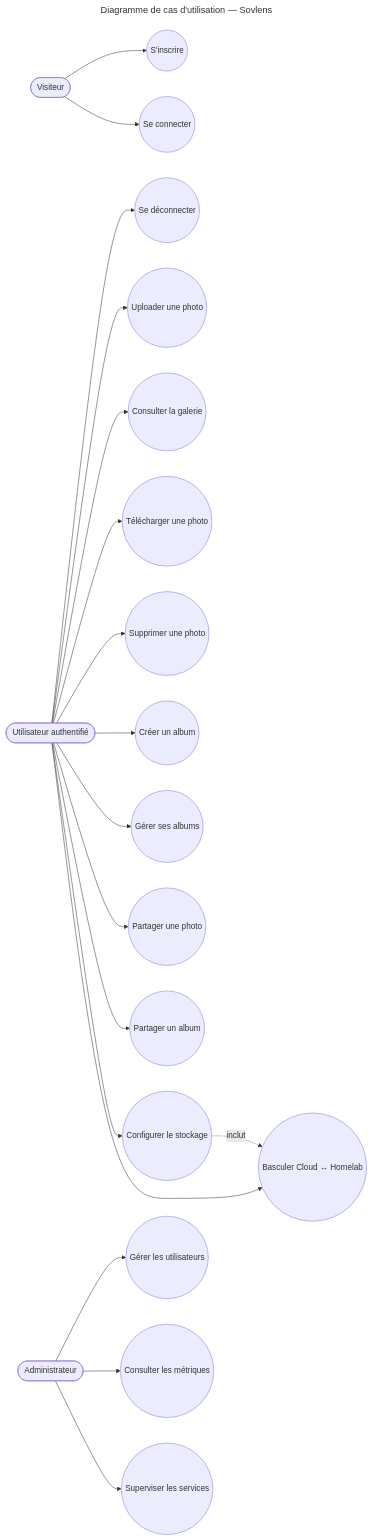
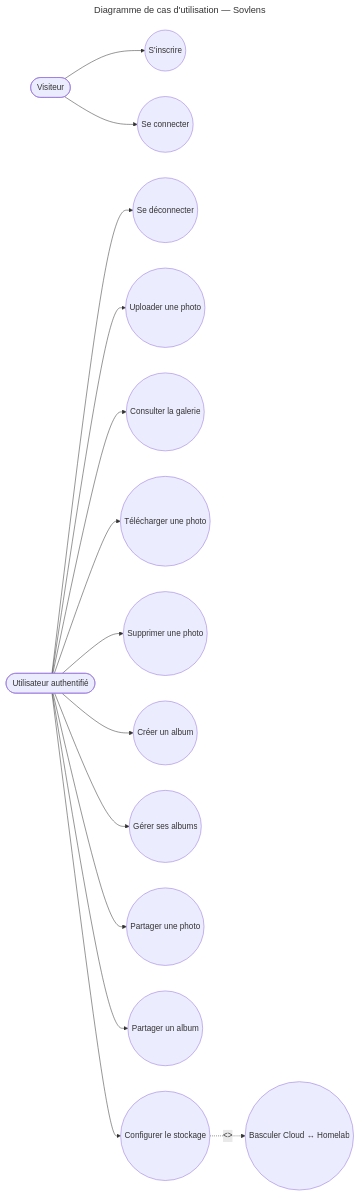
Before and after one commit to BOINAR/sovlens: the diagram in documentation/architecture/use-case-diagram.md, drawn with Mermaid. The commit also changed other lines of this file, not shown here.

Commit message:
docs: mise à jour du diagramme de cas d'utilisation

````diff
--- a/documentation/architecture/use-case-diagram.md
+++ b/documentation/architecture/use-case-diagram.md
@@ -15,54 +14,44 @@
 ```mermaid
 ---
 title: Diagramme de cas d'utilisation — Sovlens
 ---
 
 flowchart LR
 
     V([Visiteur])
     U([Utilisateur authentifié])
-    A([Administrateur])
 
     UC1((S'inscrire))
     UC2((Se connecter))
     UC3((Se déconnecter))
 
     UC4((Uploader une photo))
     UC5((Consulter la galerie))
     UC6((Télécharger une photo))
     UC7((Supprimer une photo))
 
     UC8((Créer un album))
     UC9((Gérer ses albums))
 
     UC10((Partager une photo))
     UC11((Partager un album))
 
     UC12((Configurer le stockage))
     UC13((Basculer Cloud ↔ Homelab))
 
-    UC14((Gérer les utilisateurs))
-    UC15((Consulter les métriques))
-    UC16((Superviser les services))
-
     V --> UC1
     V --> UC2
 
     U --> UC3
     U --> UC4
     U --> UC5
     U --> UC6
     U --> UC7
     U --> UC8
     U --> UC9
     U --> UC10
     U --> UC11
     U --> UC12
-    U --> UC13
 
-    UC12 -.inclut.-> UC13
-
-    A --> UC14
-    A --> UC15
-    A --> UC16
+    UC12 -. "<<include>>" .-> UC13
 ```
````
